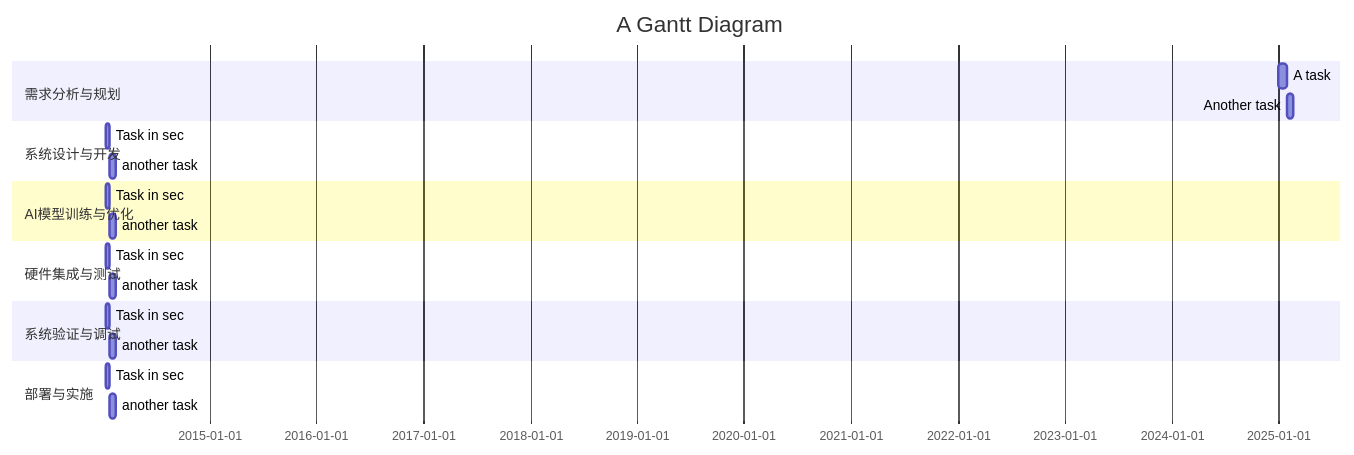
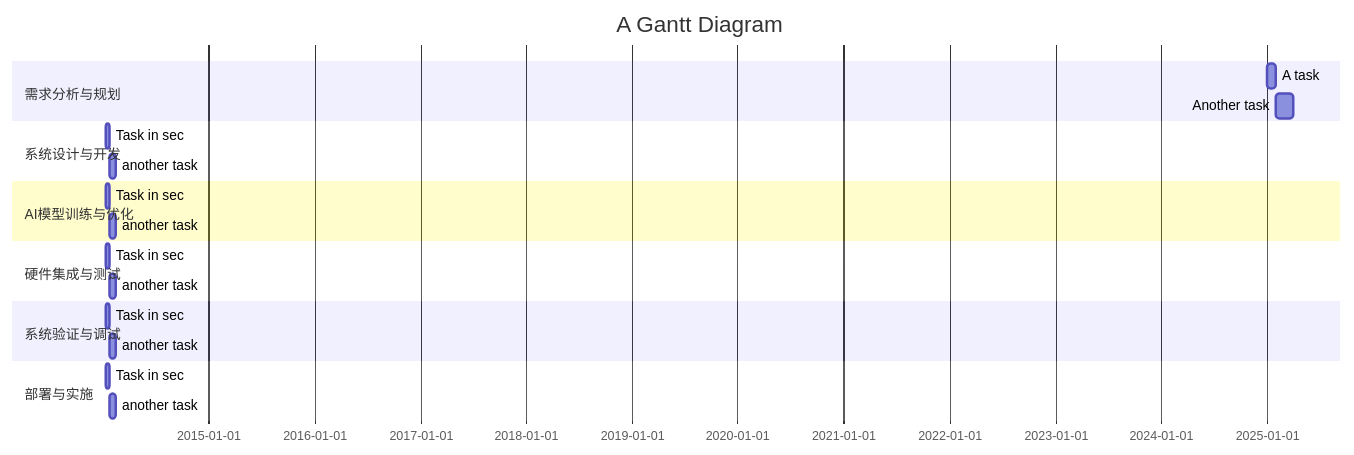
Before and after one commit to libobo6/iodraw-files: the diagram in all/代码甘特图.md, drawn with Mermaid.

Commit message:
2025-01-14 10:54:26 update

````diff
--- a/all/代码甘特图.md
+++ b/all/代码甘特图.md
@@ -1,23 +1,23 @@
 ```mermaid
 gantt
     title A Gantt Diagram
     dateFormat  YYYY-MM-DD
     section 需求分析与规划
     A task           :a1, 2025-01-01, 30d
-    Another task     :after a1  , 20d
+    Another task     :after a1  , 60d
     section 系统设计与开发
     Task in sec      :2014-01-12  , 12d
     another task      : 24d
     section AI模型训练与优化
     Task in sec      :2014-01-12  , 12d
     another task      : 24d
     section 硬件集成与测试
     Task in sec      :2014-01-12  , 12d
     another task      : 24d
     section 系统验证与调试
     Task in sec      :2014-01-12  , 12d
     another task      : 24d
     section 部署与实施
     Task in sec      :2014-01-12  , 12d
     another task      : 24d
 ```
````
